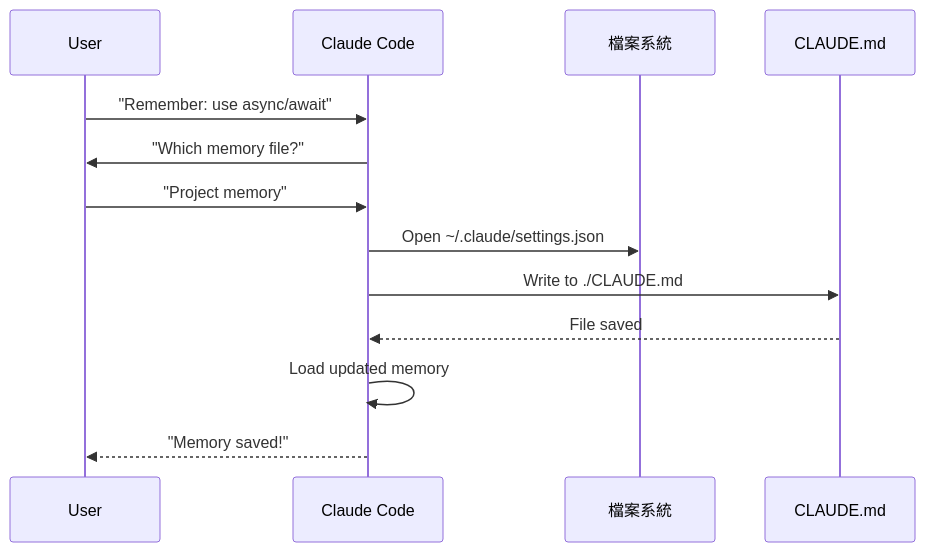
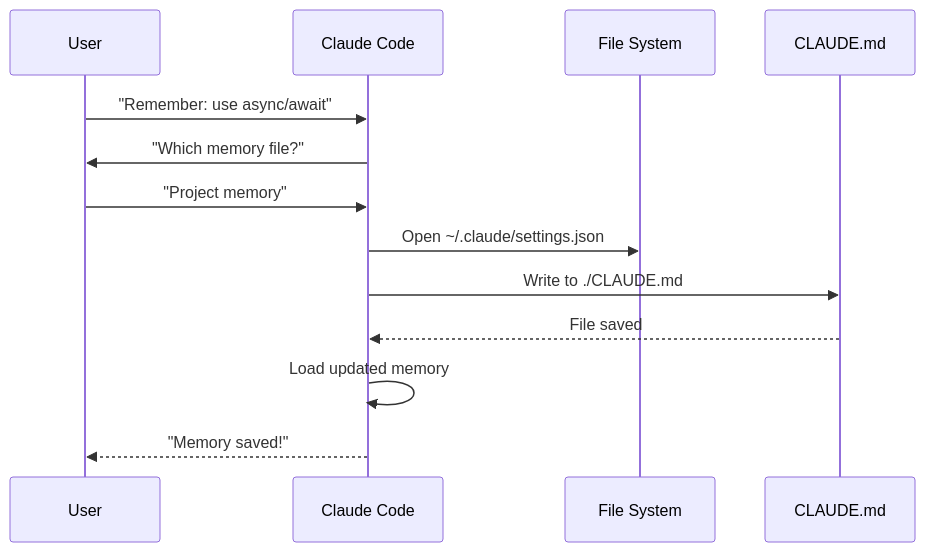
The third of 4 diagrams in 02-memory/README.md (huckly/claude-howto-zh-tw), drawn with Mermaid before and after one commit. The commit also changed other lines of this file, not shown here.

````diff
--- a/02-memory/README.md
+++ b/02-memory/README.md
@@ -382,16 +392,16 @@
 ```mermaid
 sequenceDiagram
     participant User
     participant Claude as Claude Code
-    participant Editor as 檔案系統
+    participant Editor as File System
     participant Memory as CLAUDE.md
 
     User->>Claude: "Remember: use async/await"
     Claude->>User: "Which memory file?"
     User->>Claude: "Project memory"
     Claude->>Editor: Open ~/.claude/settings.json
     Claude->>Memory: Write to ./CLAUDE.md
     Memory-->>Claude: File saved
     Claude->>Claude: Load updated memory
     Claude-->>User: "Memory saved!"
 ```
````
